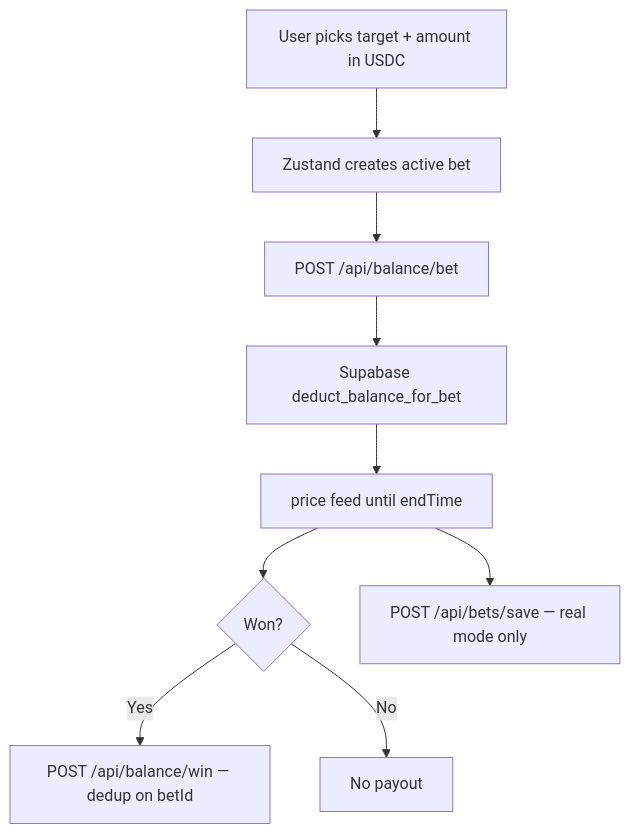
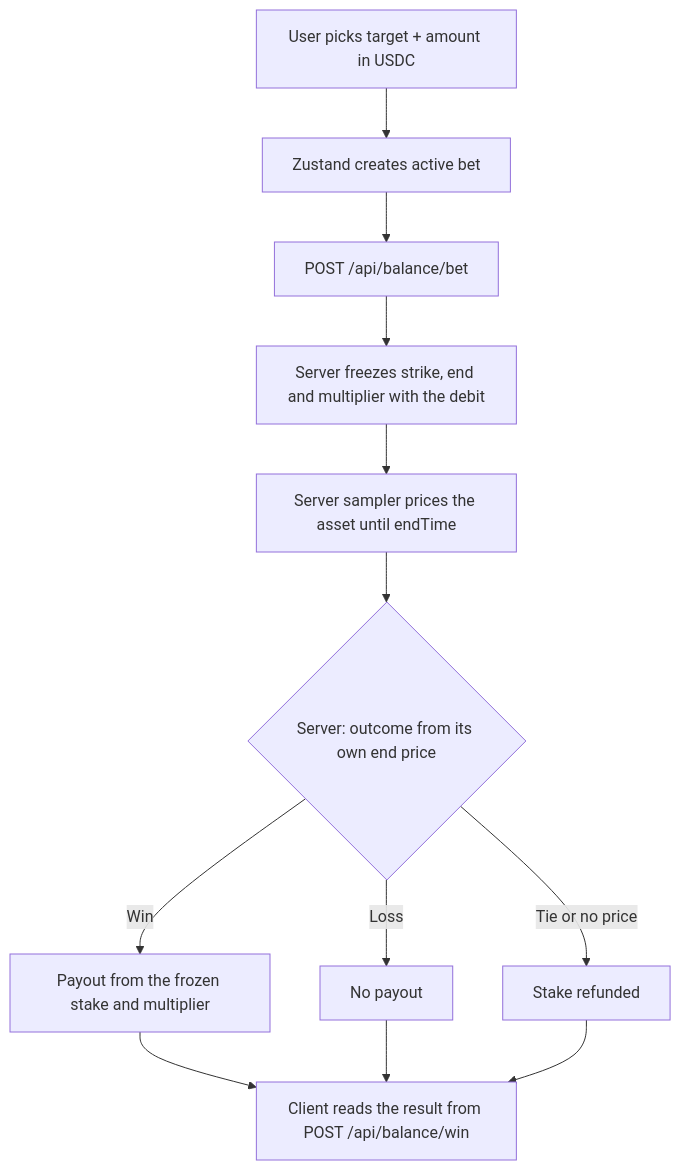
Before and after one commit to TryStrike/strike: the second of 3 diagrams in README.md, drawn with Mermaid. The commit also changed other lines of this file and 292 other files, not shown here.

````diff
--- a/README.md
+++ b/README.md
@@ -229,11 +228,12 @@
 ```mermaid
 flowchart TD
   A[User picks target + amount in USDC] --> B[Zustand creates active bet]
   B --> C[POST /api/balance/bet]
-  C --> D[Supabase deduct_balance_for_bet]
-  D --> E[price feed until endTime]
-  E --> F{Won?}
-  F -- Yes --> G[POST /api/balance/win — dedup on betId]
-  F -- No --> H[No payout]
-  E --> I[POST /api/bets/save — real mode only]
+  C --> D[Server freezes strike, end and multiplier with the debit]
+  D --> E[Server sampler prices the asset until endTime]
+  E --> F{Server: outcome from its own end price}
+  F -- Win --> G[Payout from the frozen stake and multiplier]
+  F -- Loss --> H[No payout]
+  F -- Tie or no price --> I[Stake refunded]
+  G & H & I --> J[Client reads the result from POST /api/balance/win]
 ```
````
